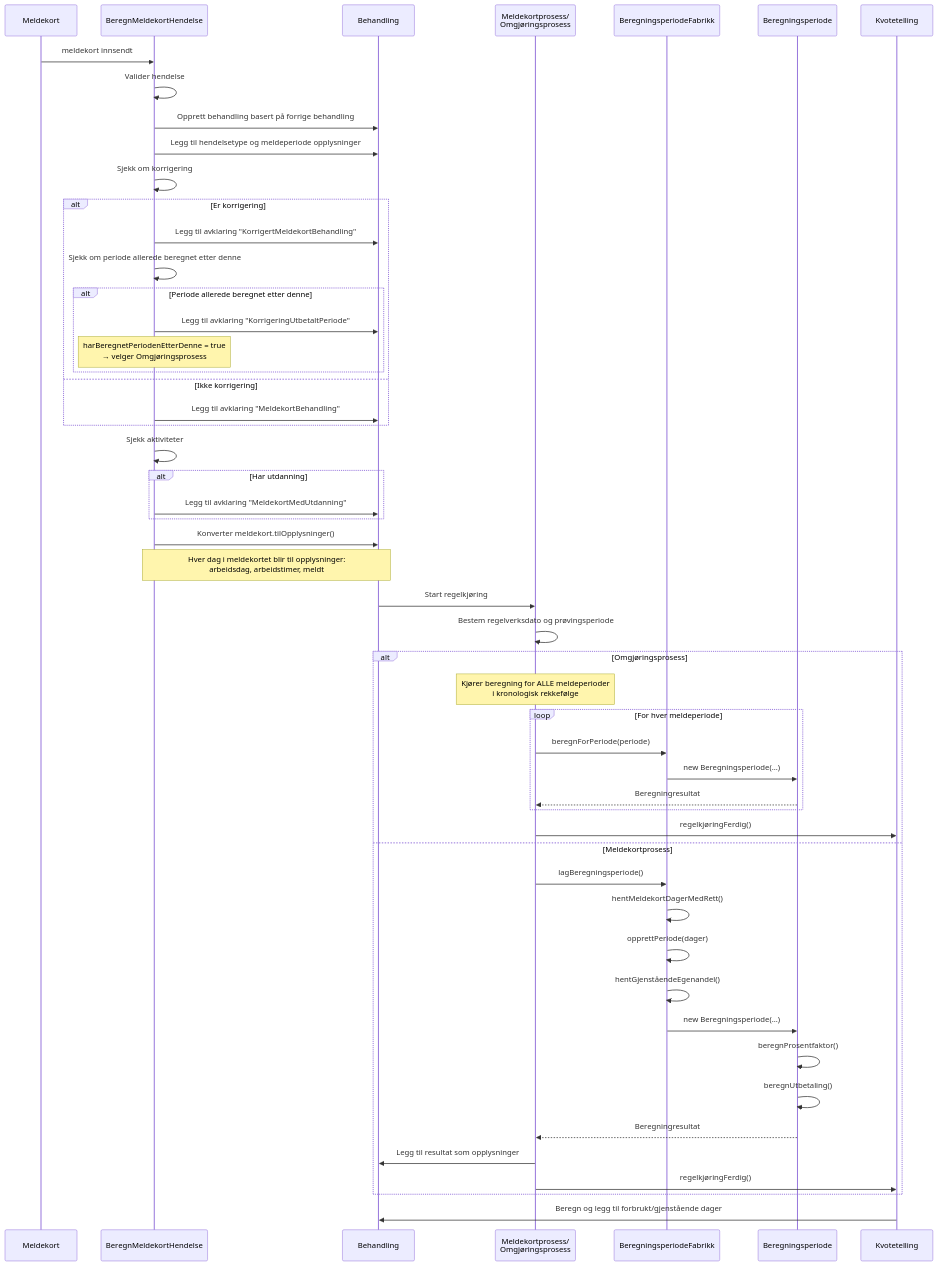
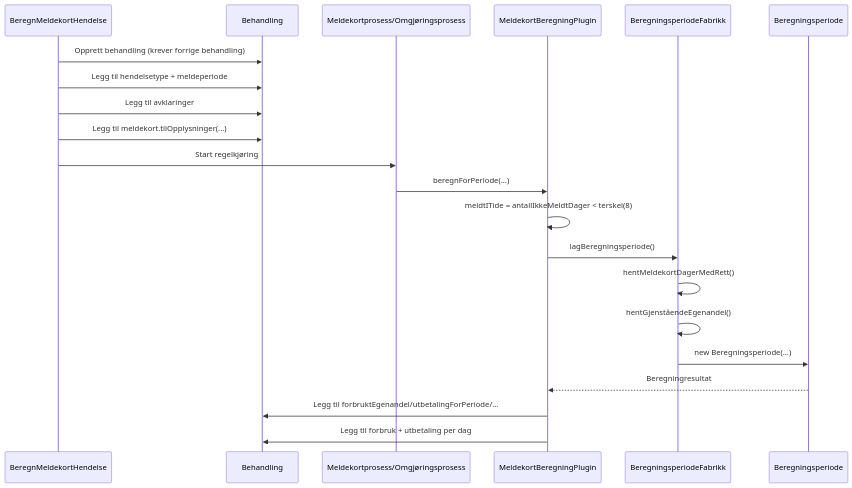
Before and after one commit to navikt/dp-behandling: the second of 5 diagrams in docs/beregning-meldekort-flyt.md, drawn with Mermaid. The commit also changed other lines of this file, not shown here.

Commit message:
Oppdaterer dokumentasjon om meldeperiode-flyt.

````diff
--- a/docs/beregning-meldekort-flyt.md
+++ b/docs/beregning-meldekort-flyt.md
@@ -48,61 +46,25 @@
 ```mermaid
 sequenceDiagram
-    participant MK as Meldekort
-    participant BMH as BeregnMeldekortHendelse
-    participant BEH as Behandling
-    participant PROSESS as Meldekortprosess/<br/>Omgjøringsprosess
-    participant BPF as BeregningsperiodeFabrikk
+    participant H as BeregnMeldekortHendelse
+    participant B as Behandling
+    participant P as Meldekortprosess/Omgjøringsprosess
+    participant MB as MeldekortBeregningPlugin
+    participant F as BeregningsperiodeFabrikk
     participant BP as Beregningsperiode
-    participant KT as Kvotetelling
-    
-    MK->>BMH: meldekort innsendt
-    BMH->>BMH: Valider hendelse
-    BMH->>BEH: Opprett behandling basert på forrige behandling
-    BMH->>BEH: Legg til hendelsetype og meldeperiode opplysninger
-    BMH->>BMH: Sjekk om korrigering
-    
-    alt Er korrigering
-        BMH->>BEH: Legg til avklaring "KorrigertMeldekortBehandling"
-        BMH->>BMH: Sjekk om periode allerede beregnet etter denne
-        alt Periode allerede beregnet etter denne
-            BMH->>BEH: Legg til avklaring "KorrigeringUtbetaltPeriode"
-            Note over BMH: harBeregnetPeriodenEtterDenne = true<br/>→ velger Omgjøringsprosess
-        end
-    else Ikke korrigering
-        BMH->>BEH: Legg til avklaring "MeldekortBehandling"
-    end
-    
-    BMH->>BMH: Sjekk aktiviteter
-    alt Har utdanning
-        BMH->>BEH: Legg til avklaring "MeldekortMedUtdanning"
-    end
-    
-    BMH->>BEH: Konverter meldekort.tilOpplysninger()
-    Note over BMH,BEH: Hver dag i meldekortet blir til opplysninger:<br/>arbeidsdag, arbeidstimer, meldt
-    
-    BEH->>PROSESS: Start regelkjøring
-    PROSESS->>PROSESS: Bestem regelverksdato og prøvingsperiode
-    
-    alt Omgjøringsprosess
-        Note over PROSESS: Kjører beregning for ALLE meldeperioder<br/>i kronologisk rekkefølge
-        loop For hver meldeperiode
-            PROSESS->>BPF: beregnForPeriode(periode)
-            BPF->>BP: new Beregningsperiode(...)
-            BP-->>PROSESS: Beregningresultat
-        end
-        PROSESS->>KT: regelkjøringFerdig()
-    else Meldekortprosess
-        PROSESS->>BPF: lagBeregningsperiode()
-        BPF->>BPF: hentMeldekortDagerMedRett()
-        BPF->>BPF: opprettPeriode(dager)
-        BPF->>BPF: hentGjenståendeEgenandel()
-        BPF->>BP: new Beregningsperiode(...)
-        BP->>BP: beregnProsentfaktor()
-        BP->>BP: beregnUtbetaling()
-        BP-->>PROSESS: Beregningresultat
-        PROSESS->>BEH: Legg til resultat som opplysninger
-        PROSESS->>KT: regelkjøringFerdig()
-    end
-    
-    KT->>BEH: Beregn og legg til forbrukt/gjenstående dager
+
+    H->>B: Opprett behandling (krever forrige behandling)
+    H->>B: Legg til hendelsetype + meldeperiode
+    H->>B: Legg til avklaringer
+    H->>B: Legg til meldekort.tilOpplysninger(...)
+    H->>P: Start regelkjøring
+
+    P->>MB: beregnForPeriode(...)
+    MB->>MB: meldtITide = antallIkkeMeldtDager < terskel(8)
+    MB->>F: lagBeregningsperiode()
+    F->>F: hentMeldekortDagerMedRett()
+    F->>F: hentGjenståendeEgenandel()
+    F->>BP: new Beregningsperiode(...)
+    BP-->>MB: Beregningresultat
+    MB->>B: Legg til forbruktEgenandel/utbetalingForPeriode/...
+    MB->>B: Legg til forbruk + utbetaling per dag
 ```
````
